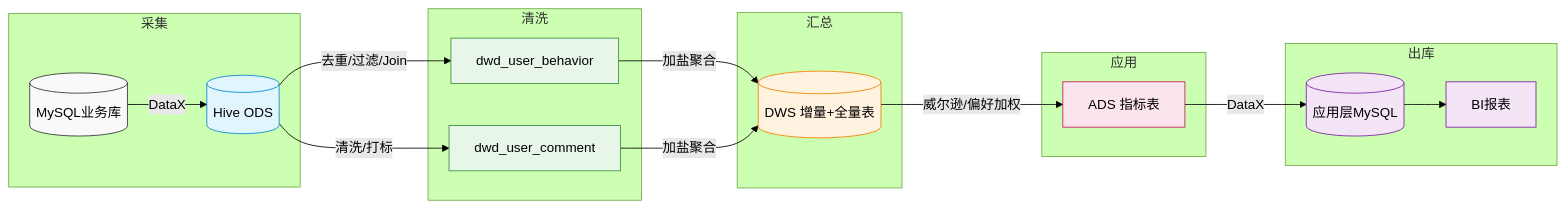
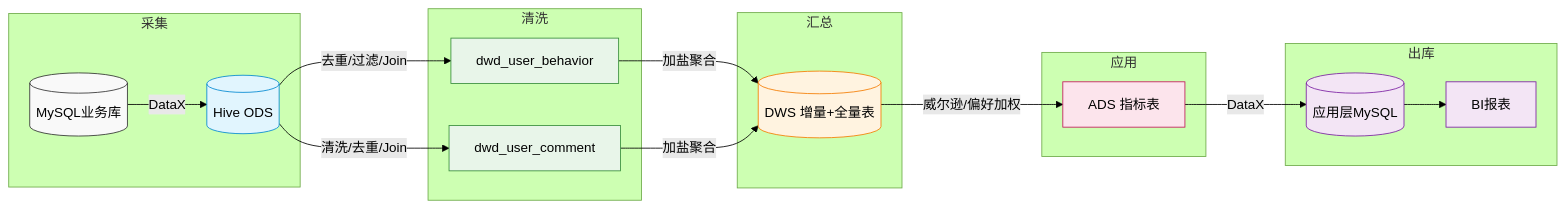
The diagram in README.md (jwdghmld/-), drawn with Mermaid (forest theme) before and after one commit.

````diff
--- a/README.md
+++ b/README.md
@@ -135,40 +135,40 @@
 ```mermaid
 graph LR
     %% 定义样式
     classDef base fill:#f9f9f9,stroke:#333,stroke-width:1px;
     classDef ods fill:#e1f5fe,stroke:#0288d1,stroke-width:1px;
     classDef dwd fill:#e8f5e9,stroke:#388e3c,stroke-width:1px;
     classDef dws fill:#fff3e0,stroke:#f57c00,stroke-width:1px;
     classDef ads fill:#fce4ec,stroke:#c2185b,stroke-width:1px;
     classDef out fill:#f3e5f5,stroke:#7b1fa2,stroke-width:1px;
 
     subgraph 采集
         MySQL_Biz[(MySQL业务库)] -->|DataX| ODS[(Hive ODS)]
     end
 
     subgraph 清洗
         ODS -->|去重/过滤/Join| Behavior[dwd_user_behavior]
-        ODS -->|清洗/打标| Comment[dwd_user_comment]
+        ODS -->|清洗/去重/Join| Comment[dwd_user_comment]
     end
 
     subgraph 汇总
         Behavior -->|加盐聚合| DWS[(DWS 增量+全量表)]
         Comment -->|加盐聚合| DWS
     end
 
     subgraph 应用
         DWS -->|威尔逊/偏好加权| ADS[ADS 指标表]
     end
 
     subgraph 出库
         ADS -->|DataX| MySQL_App[(应用层MySQL)]
         MySQL_App --> BI[BI报表]
     end
 
     class MySQL_Biz base;
     class ODS ods;
     class Behavior,Comment dwd;
     class DWS dws;
     class ADS ads;
     class MySQL_App,BI out;
 ```
````
